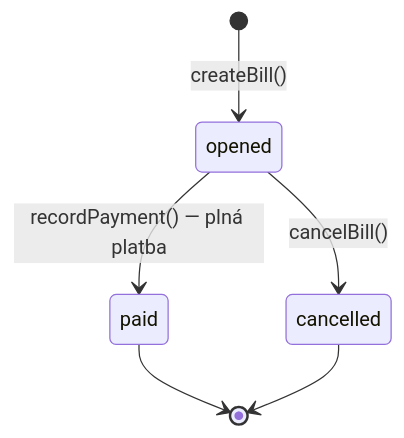
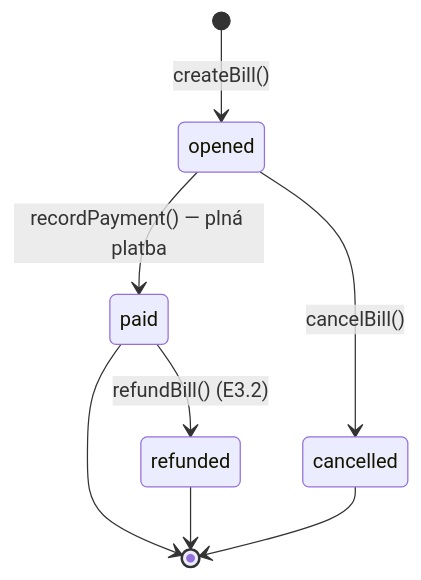
The fifth of 12 diagrams in PROJECT.md (Tomakas/deskpos), drawn with Mermaid before and after one commit. The commit also changed other lines of this file and 25 other files, not shown here.

````diff
--- a/PROJECT.md
+++ b/PROJECT.md
@@ -761,8 +755,10 @@
 ```mermaid
 stateDiagram-v2
     [*] --> opened: createBill()
     opened --> paid: recordPayment() — plná platba
     opened --> cancelled: cancelBill()
+    paid --> refunded: refundBill() (E3.2)
     paid --> [*]
+    refunded --> [*]
     cancelled --> [*]
 ```
````
